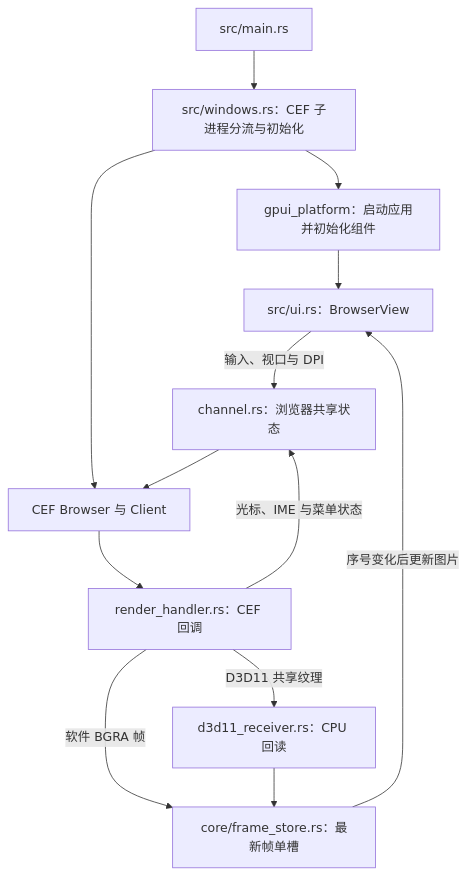
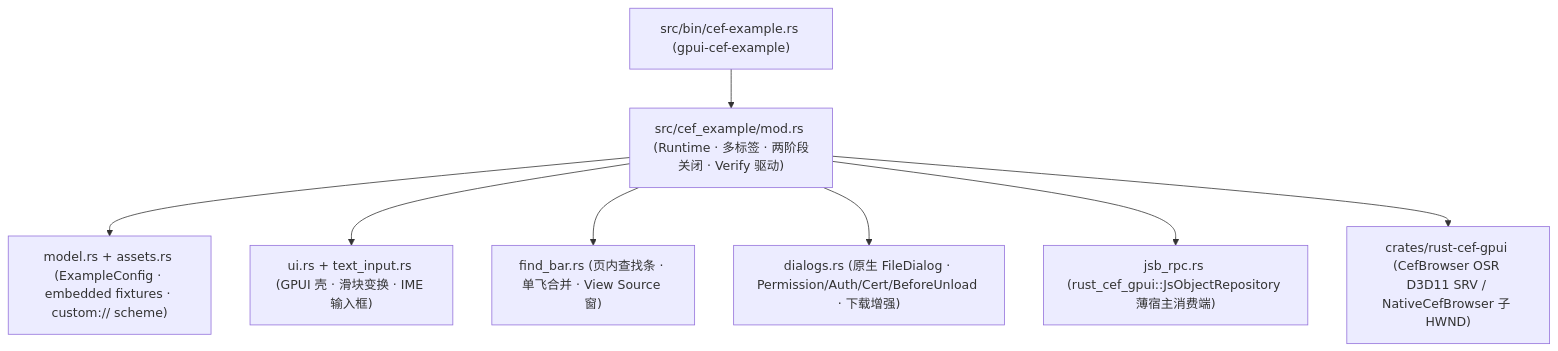
One commit to GrenAnHao/cef-rs-component changed the diagram in docs/project-structure.md. Above: the diagram before and after it, drawn with Mermaid. The commit also changed other lines of this file and 88 other files, not shown here.

Commit message:
feat: add public JS/async SDK, complete desktop UX & Find fixes, CI/Release workflows, and fine-grained API docs

````diff
--- a/docs/project-structure.md
+++ b/docs/project-structure.md
@@ -106,15 +76,10 @@
 ```mermaid
 flowchart TD
-    Entry["src/main.rs"] --> Runtime["src/windows.rs：CEF 子进程分流与初始化"]
-    Runtime --> App["gpui_platform：启动应用并初始化组件"]
-    Runtime --> Client["CEF Browser 与 Client"]
-    App --> View["src/ui.rs：BrowserView"]
-    Client --> Handler["render_handler.rs：CEF 回调"]
-    Handler -->|"软件 BGRA 帧"| Store["core/frame_store.rs：最新帧单槽"]
-    Handler -->|"D3D11 共享纹理"| Receiver["d3d11_receiver.rs：CPU 回读"]
-    Receiver --> Store
-    Store -->|"序号变化后更新图片"| View
-    View -->|"输入、视口与 DPI"| Channel["channel.rs：浏览器共享状态"]
-    Handler -->|"光标、IME 与菜单状态"| Channel
-    Channel --> Client
+    Bin["src/bin/cef-example.rs (gpui-cef-example)"] --> Mod["src/cef_example/mod.rs (Runtime · 多标签 · 两阶段关闭 · Verify 驱动)"]
+    Mod --> Model["model.rs + assets.rs (ExampleConfig · embedded fixtures · custom:// scheme)"]
+    Mod --> Ui["ui.rs + text_input.rs (GPUI 壳 · 滑块变换 · IME 输入框)"]
+    Mod --> FindBar["find_bar.rs (页内查找条 · 单飞合并 · View Source 窗)"]
+    Mod --> Dialogs["dialogs.rs (原生 FileDialog · Permission/Auth/Cert/BeforeUnload · 下载增强)"]
+    Mod --> Rpc["jsb_rpc.rs (rust_cef_gpui::JsObjectRepository 薄宿主消费端)"]
+    Mod --> Sdk["crates/rust-cef-gpui (CefBrowser OSR D3D11 SRV / NativeCefBrowser 子 HWND)"]
 ```
````
